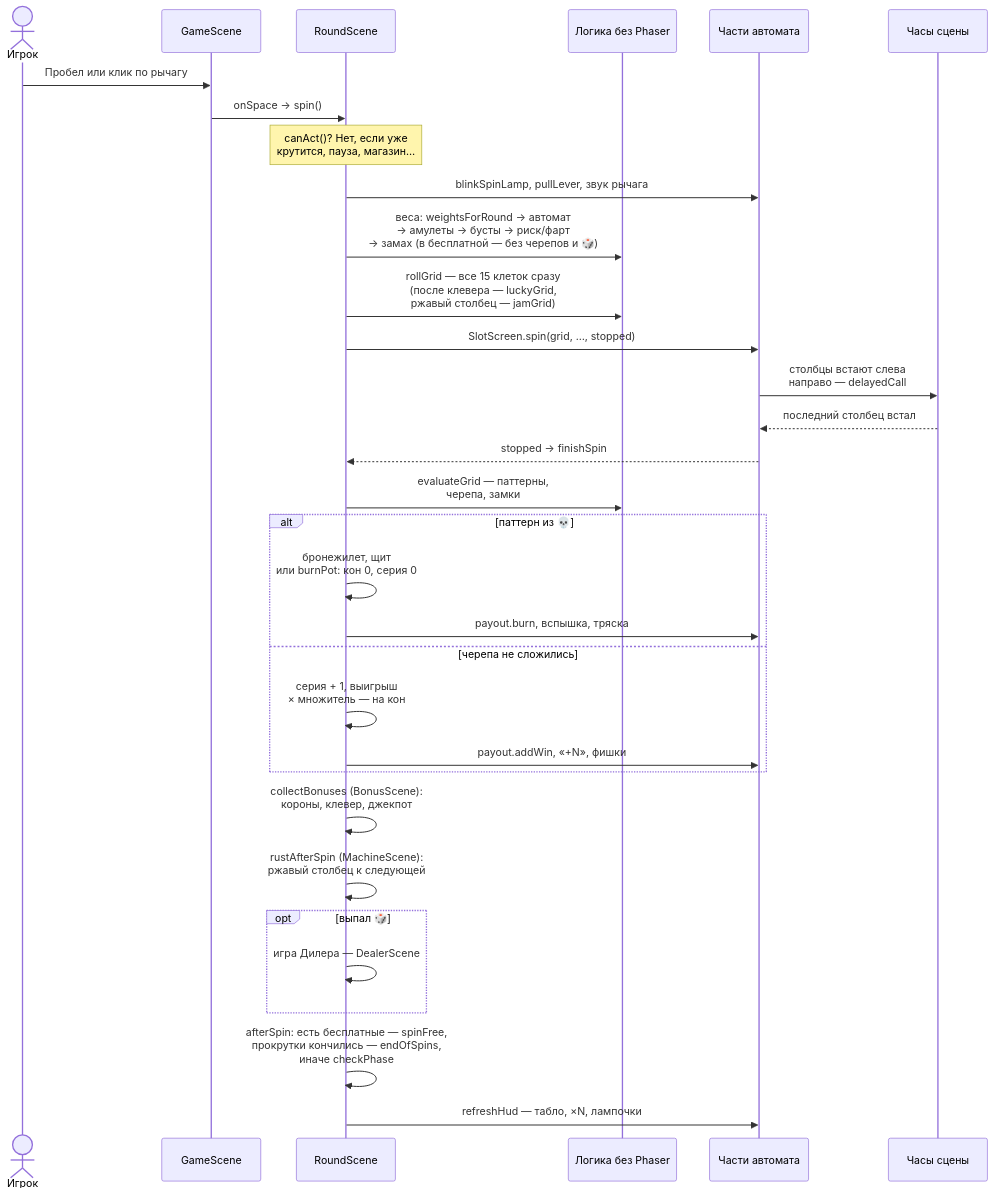
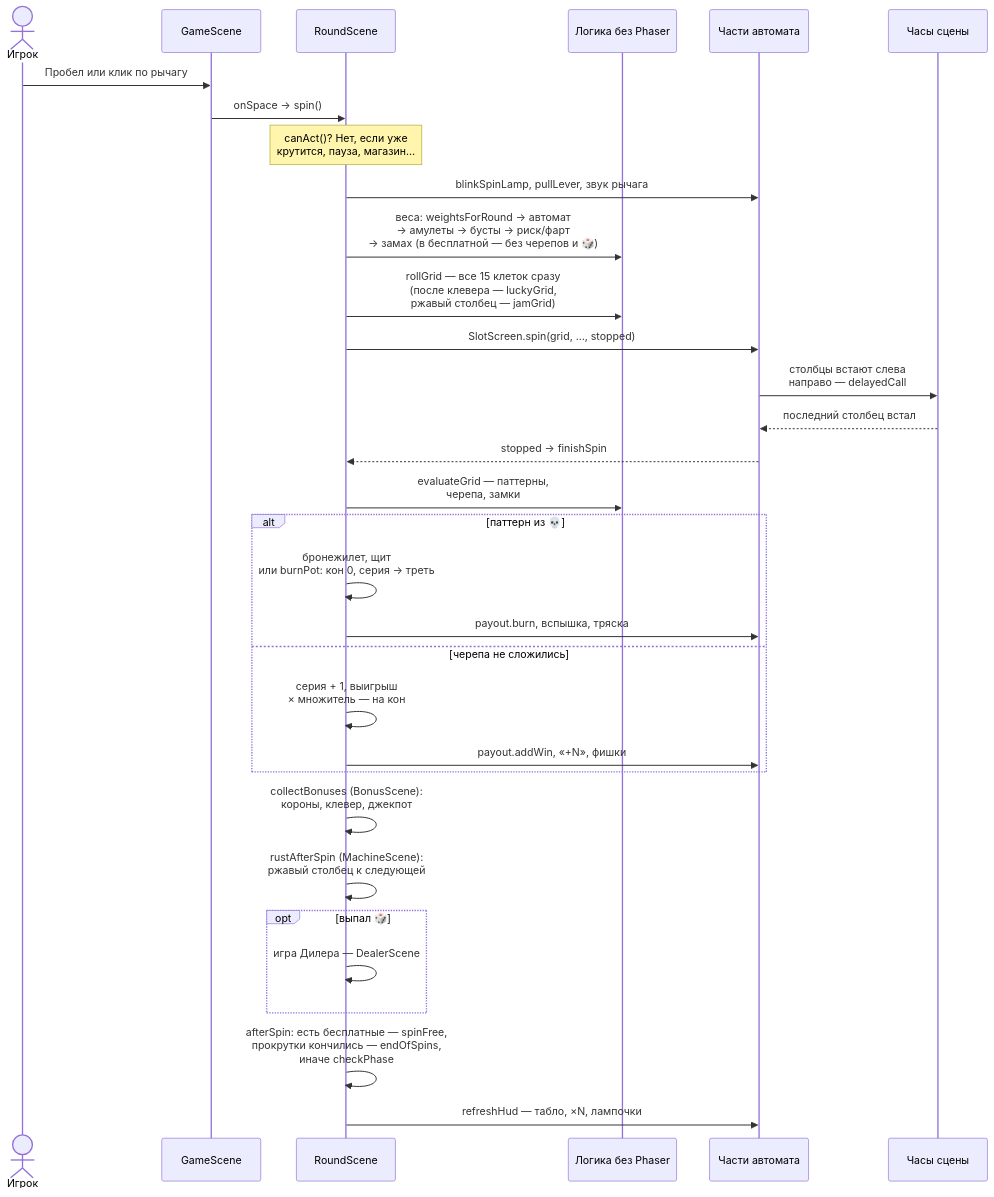
Before and after one commit to LILcmetanka/dolgovaya-yama: the third of 3 diagrams in ARCHITECTURE.md, drawn with Mermaid. The commit also changed 10 other files, not shown here.

````diff
--- a/ARCHITECTURE.md
+++ b/ARCHITECTURE.md
@@ -140,35 +140,35 @@
 ```mermaid
 sequenceDiagram
   actor P as Игрок
   participant GS as GameScene
   participant RS as RoundScene
   participant L as Логика без Phaser
   participant UI as Части автомата
   participant T as Часы сцены
 
   P->>GS: Пробел или клик по рычагу
   GS->>RS: onSpace → spin()
   Note over RS: canAct()? Нет, если уже<br/>крутится, пауза, магазин…
   RS->>UI: blinkSpinLamp, pullLever, звук рычага
   RS->>L: веса: weightsForRound → автомат<br/>→ амулеты → бусты → риск/фарт<br/>→ замах (в бесплатной — без черепов и 🎲)
   RS->>L: rollGrid — все 15 клеток сразу<br/>(после клевера — luckyGrid,<br/>ржавый столбец — jamGrid)
   RS->>UI: SlotScreen.spin(grid, …, stopped)
   UI->>T: столбцы встают слева<br/>направо — delayedCall
   T-->>UI: последний столбец встал
   UI-->>RS: stopped → finishSpin
   RS->>L: evaluateGrid — паттерны,<br/>черепа, замки
   alt паттерн из 💀
-    RS->>RS: бронежилет, щит<br/>или burnPot: кон 0, серия 0
+    RS->>RS: бронежилет, щит<br/>или burnPot: кон 0, серия → треть
     RS->>UI: payout.burn, вспышка, тряска
   else черепа не сложились
     RS->>RS: серия + 1, выигрыш<br/>× множитель — на кон
     RS->>UI: payout.addWin, «+N», фишки
   end
   RS->>RS: collectBonuses (BonusScene):<br/>короны, клевер, джекпот
   RS->>RS: rustAfterSpin (MachineScene):<br/>ржавый столбец к следующей
   opt выпал 🎲
     RS->>RS: игра Дилера — DealerScene
   end
   RS->>RS: afterSpin: есть бесплатные — spinFree,<br/>прокрутки кончились — endOfSpins,<br/>иначе checkPhase
   RS->>UI: refreshHud — табло, ×N, лампочки
 ```
````
